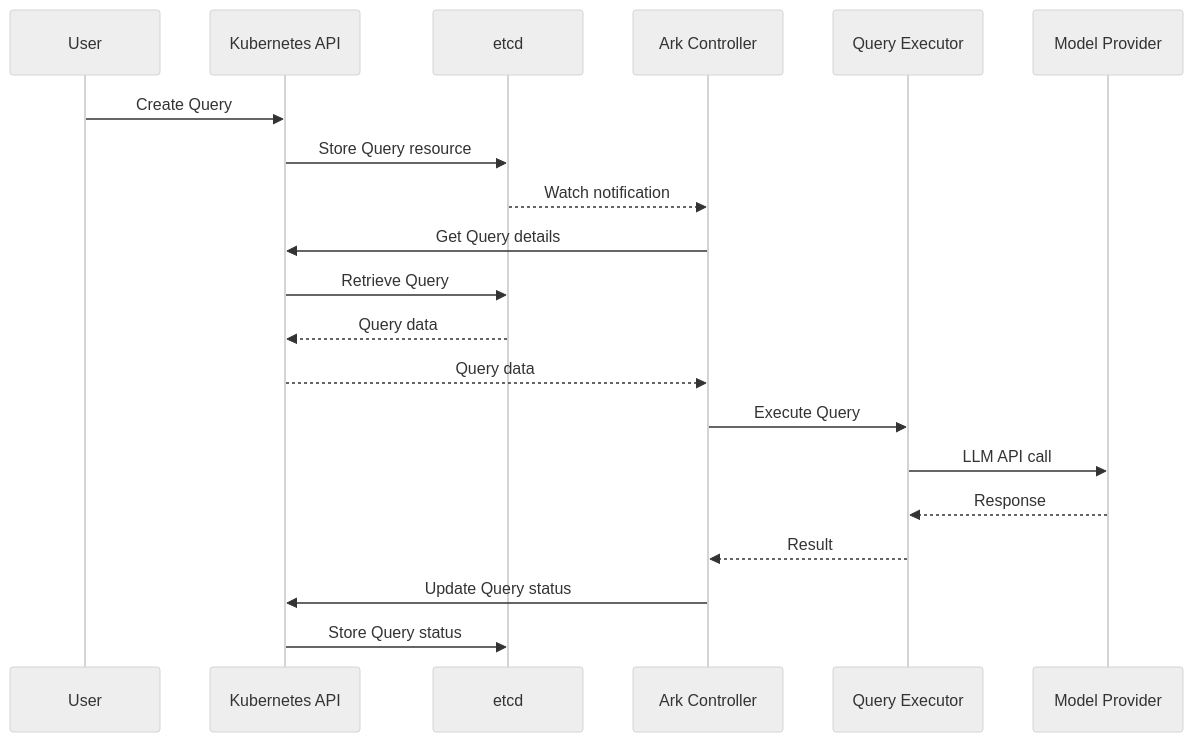
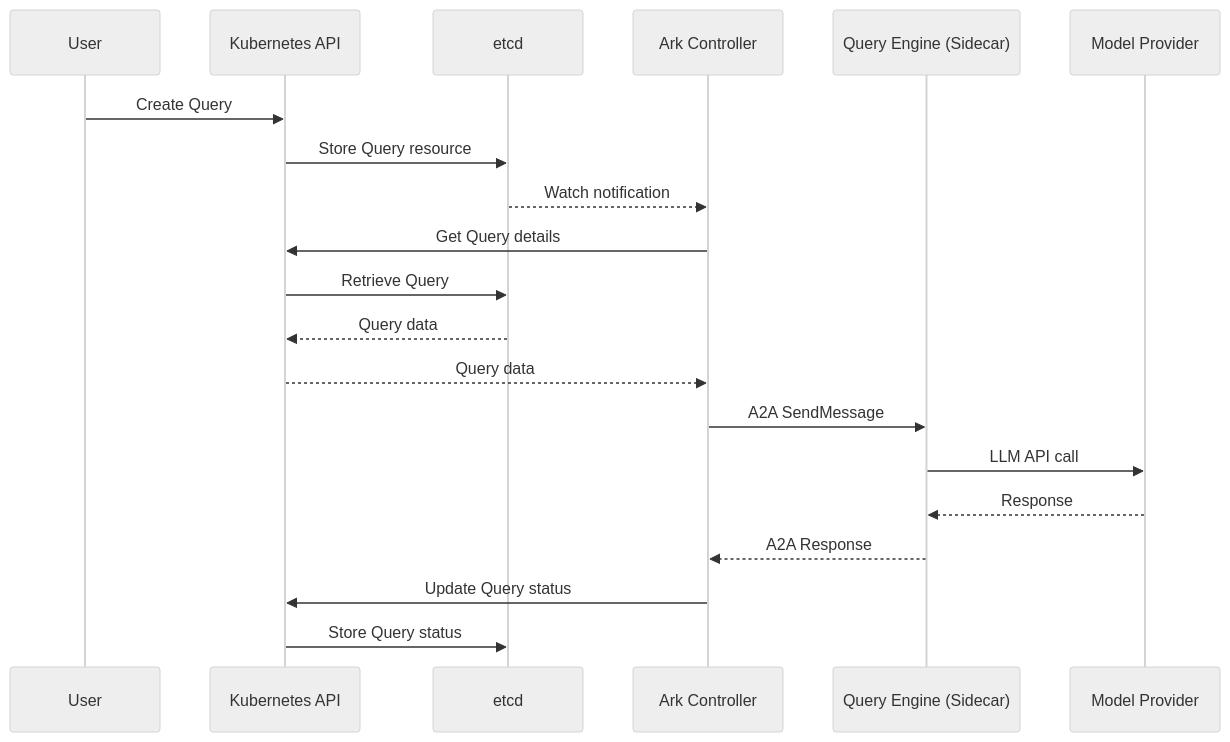
One commit to moeinghaeini/agents-at-scale-ark changed the first of 4 diagrams in docs/content/reference/core-architecture.mdx. Above: the diagram before and after it, drawn with Mermaid (neutral theme). The commit also changed other lines of this file and 78 other files, not shown here.

First line of the commit message:
feat(ark): query engine extraction with A2A (#1321)

````diff
--- a/docs/content/reference/core-architecture.mdx
+++ b/docs/content/reference/core-architecture.mdx
@@ -22,23 +23,23 @@
 ```mermaid
 sequenceDiagram
     participant User
     participant KubeAPI as Kubernetes API
     participant etcd as etcd
     participant Controller as Ark Controller
-    participant Executor as Query Executor
+    participant Engine as Query Engine (Sidecar)
     participant Model as Model Provider
 
     User->>KubeAPI: Create Query
     KubeAPI->>etcd: Store Query resource
     etcd-->>Controller: Watch notification
     Controller->>KubeAPI: Get Query details
     KubeAPI->>etcd: Retrieve Query
     etcd-->>KubeAPI: Query data
     KubeAPI-->>Controller: Query data
-    Controller->>Executor: Execute Query
-    Executor->>Model: LLM API call
-    Model-->>Executor: Response
-    Executor-->>Controller: Result
+    Controller->>Engine: A2A SendMessage
+    Engine->>Model: LLM API call
+    Model-->>Engine: Response
+    Engine-->>Controller: A2A Response
     Controller->>KubeAPI: Update Query status
     KubeAPI->>etcd: Store Query status
 ```
````
